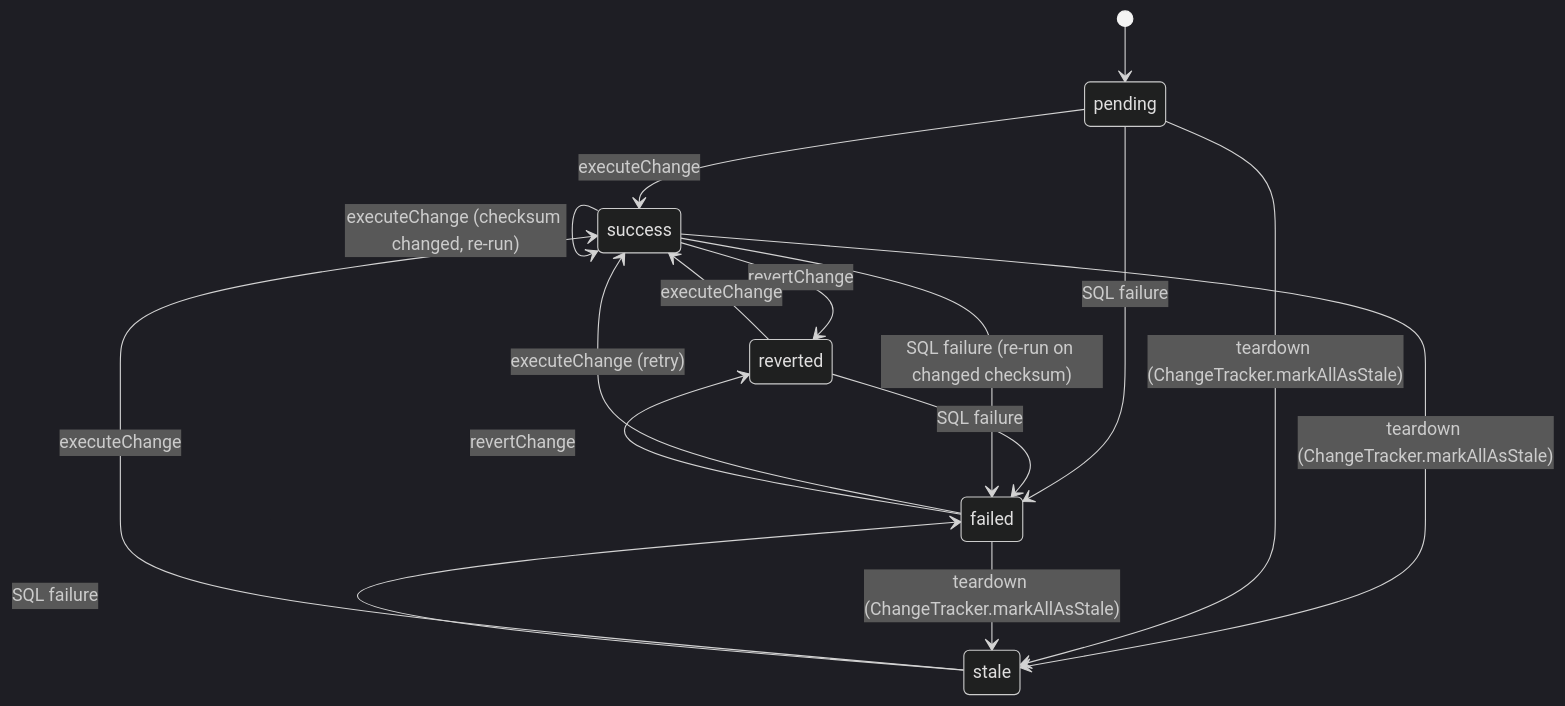
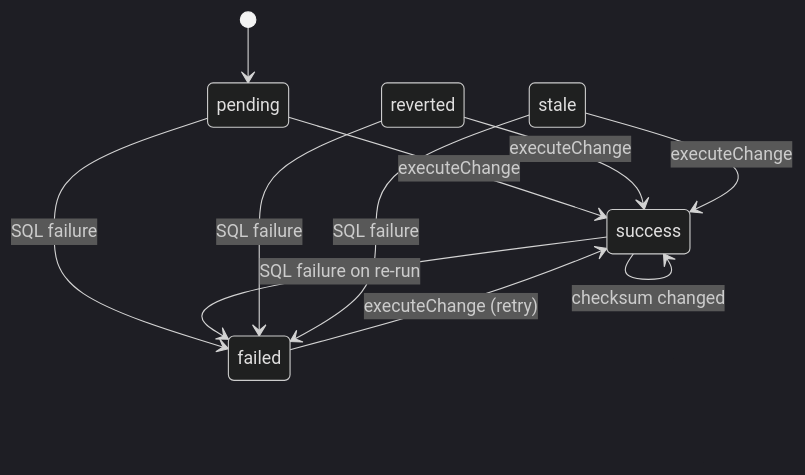
One commit to noormdev/noorm changed the sixth of 7 diagrams in docs/wiki/core-change.md. Above: the diagram before and after it, drawn with Mermaid (dark theme). The commit also changed other lines of this file and 557 other files, not shown here.

````diff
--- a/docs/wiki/core-change.md
+++ b/docs/wiki/core-change.md
@@ -90,19 +116,14 @@
 ```mermaid
 stateDiagram-v2
+    %% source: src/core/change/types.ts, src/core/change/history.ts
     [*] --> pending
     pending --> success: executeChange
-    success --> reverted: revertChange
+    pending --> failed: SQL failure
+    failed --> success: executeChange (retry)
+    success --> success: checksum changed
+    success --> failed: SQL failure on re-run
     reverted --> success: executeChange
-    success --> stale: teardown (ChangeTracker.markAllAsStale)
+    reverted --> failed: SQL failure
     stale --> success: executeChange
-    pending --> failed: SQL failure
-    reverted --> failed: SQL failure
     stale --> failed: SQL failure
-    failed --> success: executeChange (retry)
-    success --> failed: SQL failure (re-run on changed checksum)
-    success --> success: executeChange (checksum changed, re-run)
-    pending --> stale: teardown (ChangeTracker.markAllAsStale)
-    failed --> stale: teardown (ChangeTracker.markAllAsStale)
-    failed --> reverted: revertChange
-    %% source: src/core/change/types.ts, src/core/change/tracker.ts, src/core/change/history.ts
 ```
````
